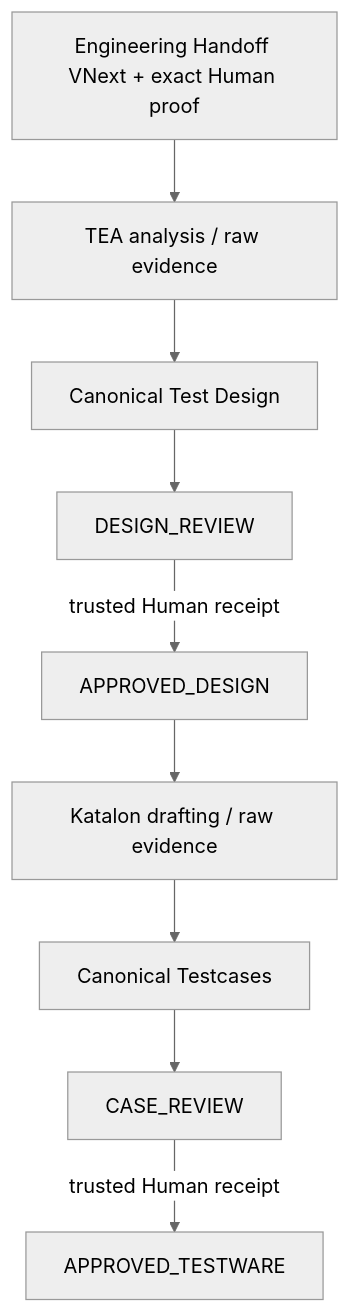
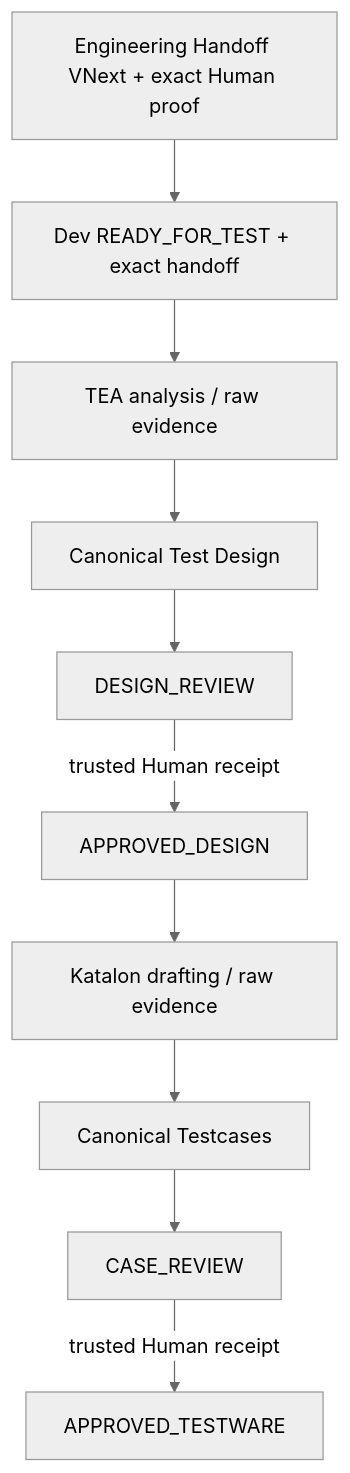
One commit to iceteaofyoureyes/agent-skills changed the diagram in docs/vi/TEST_KIT_WORKFLOW.md. Above: the diagram before and after it, drawn with Mermaid (neutral theme). The commit also changed other lines of this file and 74 other files, not shown here.

````diff
--- a/docs/vi/TEST_KIT_WORKFLOW.md
+++ b/docs/vi/TEST_KIT_WORKFLOW.md
@@ -3,11 +3,12 @@
 ```mermaid
 flowchart TD
-    BA[Engineering Handoff VNext + exact Human proof] --> T[TEA analysis / raw evidence]
+    BA[Engineering Handoff VNext + exact Human proof] --> DEV[Dev READY_FOR_TEST + exact handoff]
+    DEV --> T[TEA analysis / raw evidence]
     T --> D[Canonical Test Design]
     D --> DR[DESIGN_REVIEW]
     DR -->|trusted Human receipt| AD[APPROVED_DESIGN]
     AD --> K[Katalon drafting / raw evidence]
     K --> C[Canonical Testcases]
     C --> CR[CASE_REVIEW]
     CR -->|trusted Human receipt| AT[APPROVED_TESTWARE]
 ```
````
